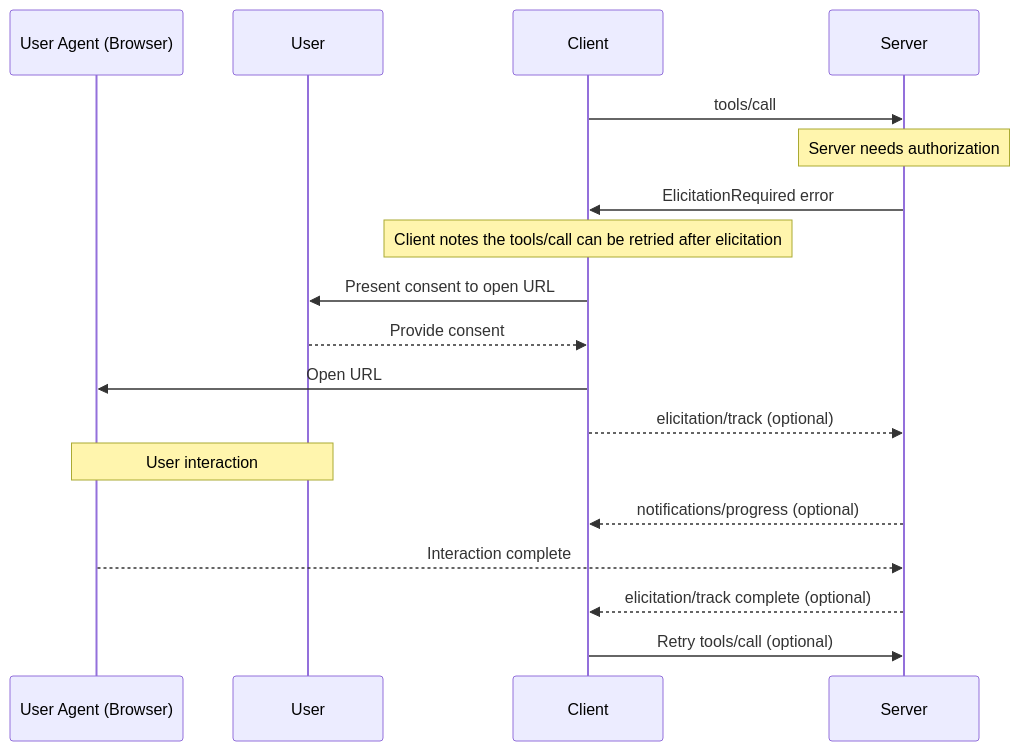
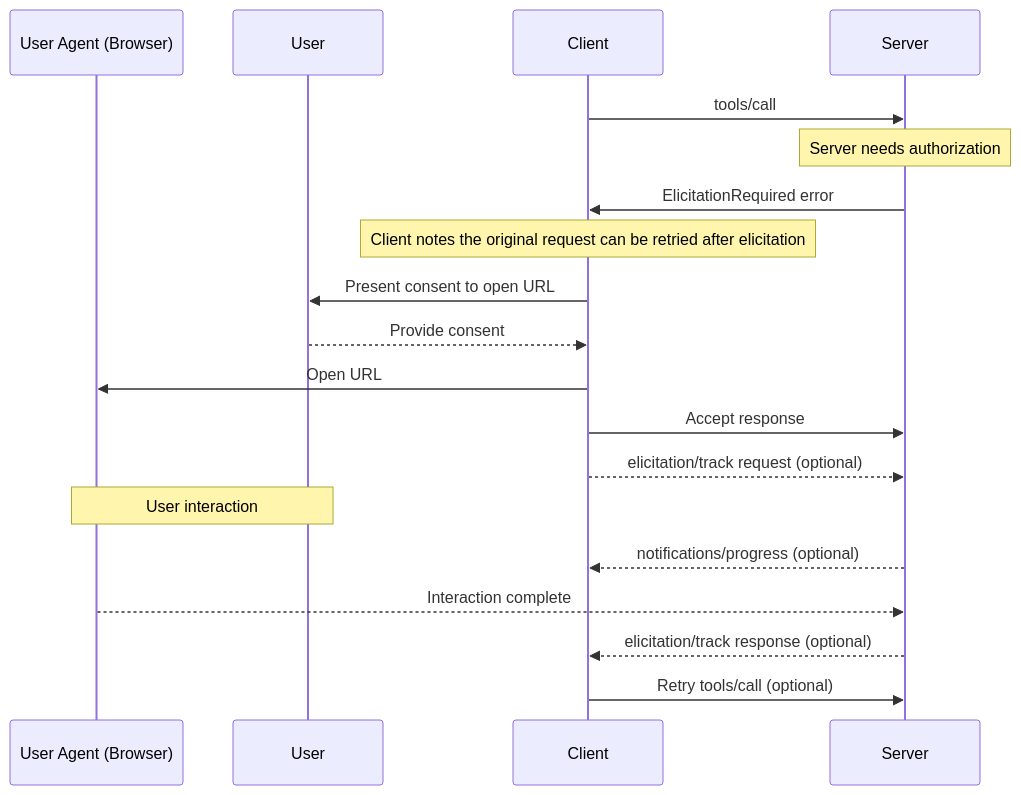
One commit to modelcontextprotocol/specification changed the third of 3 diagrams in docs/specification/draft/client/elicitation.mdx. Above: the diagram before and after it, drawn with Mermaid. The commit also changed other lines of this file, not shown here.

````diff
--- a/docs/specification/draft/client/elicitation.mdx
+++ b/docs/specification/draft/client/elicitation.mdx
@@ -380,27 +459,28 @@
 ```mermaid
 sequenceDiagram
     participant UserAgent as User Agent (Browser)
     participant User
     participant Client
     participant Server
 
     Client->>Server: tools/call
 
     Note over Server: Server needs authorization
     Server->>Client: ElicitationRequired error
-    Note over Client: Client notes the tools/call can be retried after elicitation
+    Note over Client: Client notes the original request can be retried after elicitation
 
     Client->>User: Present consent to open URL
     User-->>Client: Provide consent
 
     Client->>UserAgent: Open URL
-    Client-->>Server: elicitation/track (optional)
+    Client->>Server: Accept response
+    Client-->>Server: elicitation/track request (optional)
 
     Note over User,UserAgent: User interaction
     Server-->>Client: notifications/progress (optional)
 
     UserAgent-->>Server: Interaction complete
-    Server-->>Client: elicitation/track complete (optional)
+    Server-->>Client: elicitation/track response (optional)
 
     Client->>Server: Retry tools/call (optional)
 ```
````
